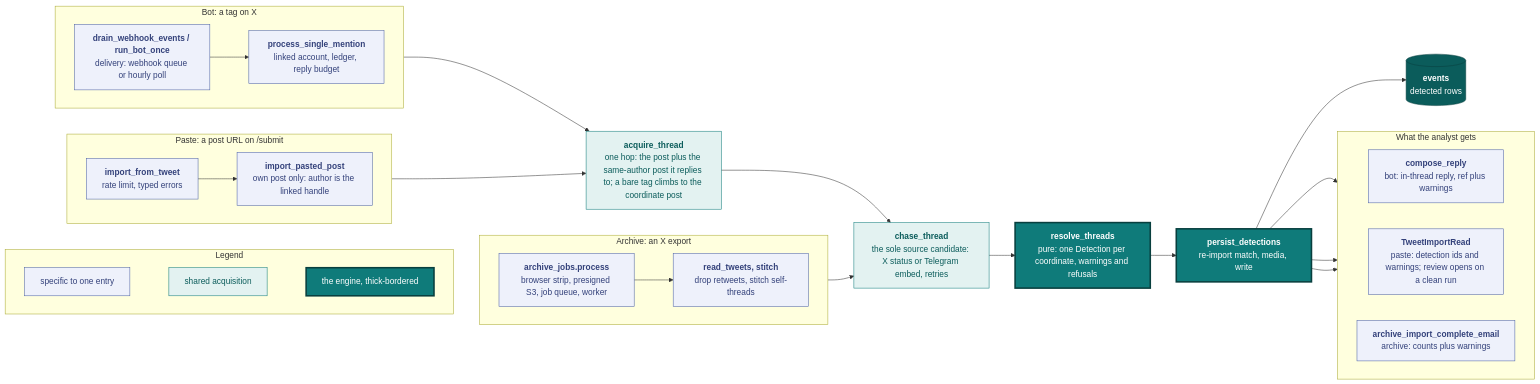
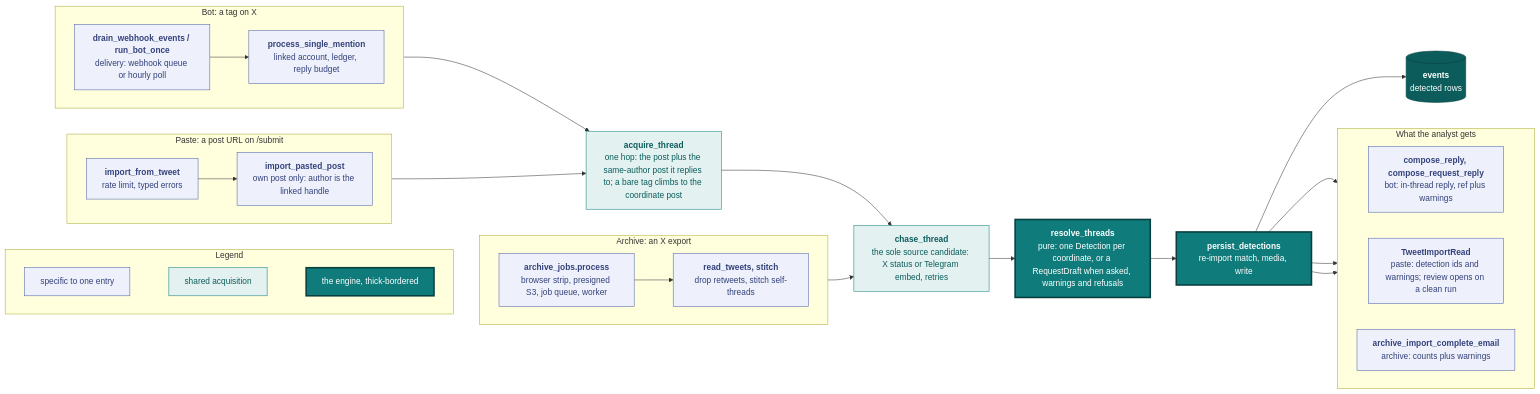
One commit to vidithq/vidit changed the first of 6 diagrams in docs/ingestion.md. Above: the diagram before and after it, drawn with Mermaid. The commit also changed other lines of this file and 68 other files, not shown here.

````diff
--- a/docs/ingestion.md
+++ b/docs/ingestion.md
@@ -5,63 +5,63 @@
 ```mermaid
 flowchart LR
   classDef spec fill:#eef1fb,stroke:#4a5fa5,color:#33417a
   classDef shared fill:#e3f2f1,stroke:#0f7b7a,color:#0b5c5b
   classDef core fill:#0f7b7a,stroke:#083f3e,stroke-width:3px,color:#ffffff
   classDef store fill:#0b5c5b,stroke:#083f3e,color:#ffffff
 
   subgraph legend [Legend]
     direction LR
     l1["`specific to one entry`"]:::spec
     l2["`shared acquisition`"]:::shared
     l3["`the engine, thick-bordered`"]:::core
     l1 ~~~ l2 ~~~ l3
   end
 
   subgraph paste [Paste: a post URL on /submit]
     direction LR
     p1["`**import_from_tweet**
     rate limit, typed errors`"]:::spec --> p2["`**import_pasted_post**
     own post only: author is the linked handle`"]:::spec
   end
   subgraph bot [Bot: a tag on X]
     direction LR
     b1["`**drain_webhook_events / run_bot_once**
     delivery: webhook queue or hourly poll`"]:::spec --> b2["`**process_single_mention**
     linked account, ledger, reply budget`"]:::spec
   end
   subgraph archive [Archive: an X export]
     direction LR
     a1["`**archive_jobs.process**
     browser strip, presigned S3, job queue, worker`"]:::spec --> a2["`**read_tweets, stitch**
     drop retweets, stitch self-threads`"]:::spec
   end
 
   hop["`**acquire_thread**
   one hop: the post plus the same-author post it replies to; a bare tag climbs to the coordinate post`"]:::shared
   chase["`**chase_thread**
   the sole source candidate: X status or Telegram embed, retries`"]:::shared
   resolve["`**resolve_threads**
-  pure: one Detection per coordinate, warnings and refusals`"]:::core
+  pure: one Detection per coordinate, or a RequestDraft when asked, warnings and refusals`"]:::core
   persist["`**persist_detections**
   re-import match, media, write`"]:::core
   rows[("`**events**
   detected rows`")]:::store
 
   subgraph feedback [What the analyst gets]
     direction LR
-    f1["`**compose_reply**
+    f1["`**compose_reply, compose_request_reply**
     bot: in-thread reply, ref plus warnings`"]:::spec
     f2["`**TweetImportRead**
     paste: detection ids and warnings; review opens on a clean run`"]:::spec
     f3["`**archive_import_complete_email**
     archive: counts plus warnings`"]:::spec
   end
 
   p2 --> hop
   b2 --> hop
   a2 --> chase
   hop --> chase --> resolve --> persist --> rows
   persist --> f1
   persist --> f2
   persist --> f3
 ```
````
